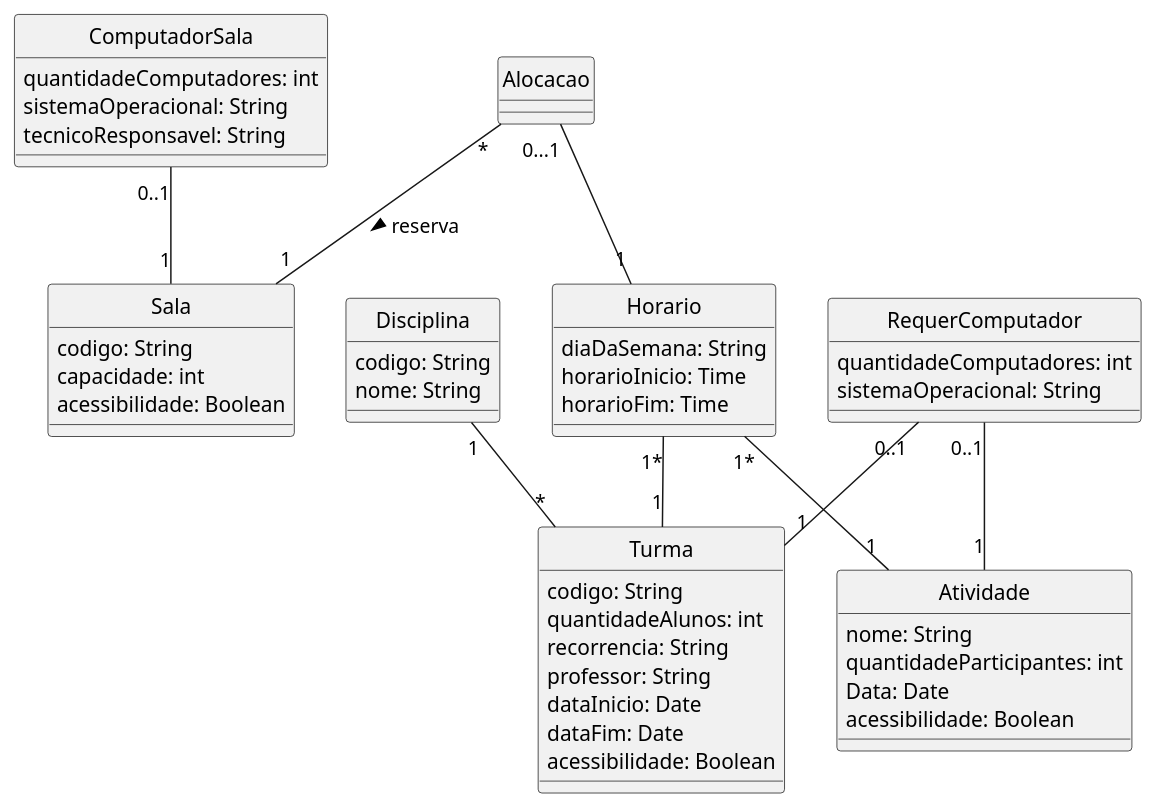
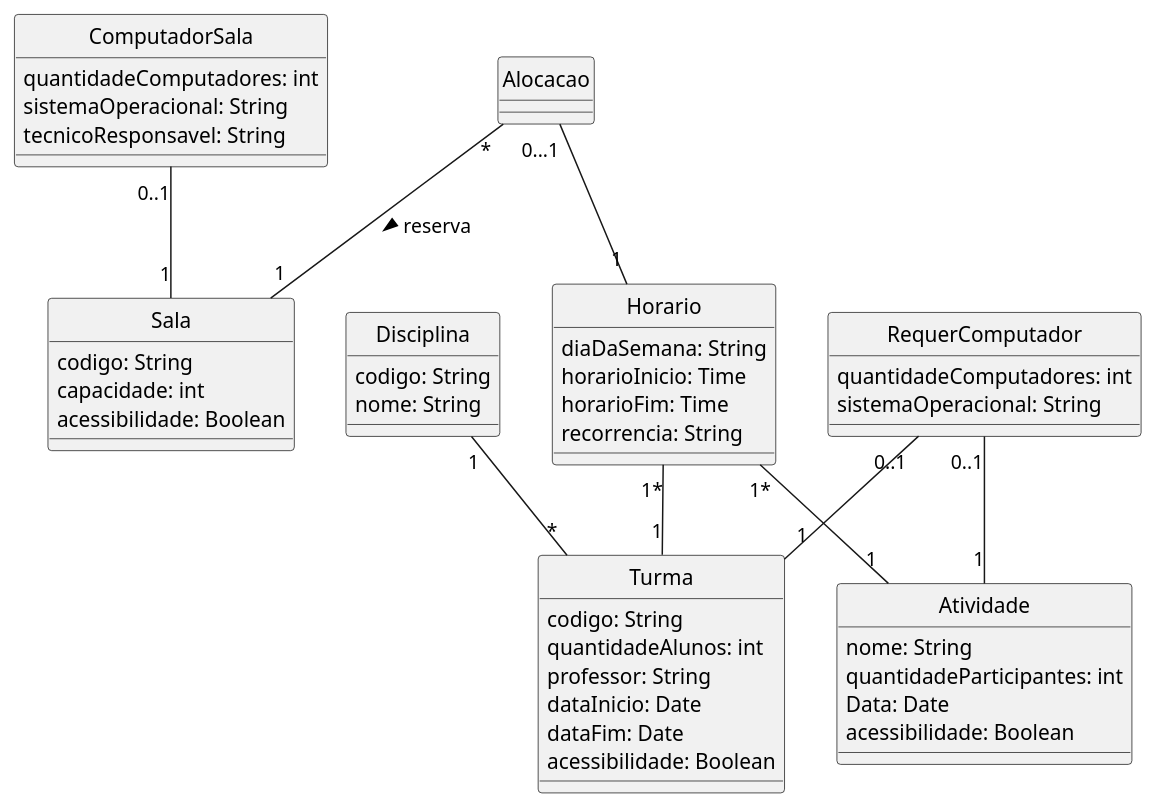
Before and after one commit to tassyla/Salateca: the diagram in projeto/uc1/diagrama-de-classes-UC1.puml, drawn with PlantUML. The commit also changed other lines of this file and 5 other files, not shown here.

```diff
--- a/projeto/uc1/diagrama-de-classes-UC1.puml
+++ b/projeto/uc1/diagrama-de-classes-UC1.puml
@@ -1,67 +1,67 @@
 @startuml Classes
 skinparam style strictuml
 
 class Sala {
     codigo: String
     capacidade: int
     acessibilidade: Boolean
 }
 
 class Turma {
     codigo: String
     quantidadeAlunos: int 
-    recorrencia: String
     professor: String
     dataInicio: Date
     dataFim: Date
     acessibilidade: Boolean
     ' disicplina '
     ' horario '
 }
 
 class Horario {
     diaDaSemana: String
     horarioInicio: Time
     horarioFim: Time
+    recorrencia: String
 }
 
 class Disciplina {
     codigo: String
     nome: String
 }
 
 class Alocacao {
 }
 
 class Atividade {
     nome: String
     quantidadeParticipantes: int 
     Data: Date
     ' Horario '
     acessibilidade: Boolean
 
 }
 
 class RequerComputador {
     quantidadeComputadores: int
     sistemaOperacional: String
 }
 
 class ComputadorSala {
     quantidadeComputadores: int
     sistemaOperacional: String
     tecnicoResponsavel: String
 }
 
 Disciplina "1" -- "*" "Turma"
 
 Horario "1*" --  "1" Turma
 Horario "1*" --  "1" Atividade
 
 Alocacao "*" -- "1" Sala: reserva >
 Alocacao "0...1" -- "1" Horario
 
 ComputadorSala "0..1" -- "1" Sala
 RequerComputador "0..1" -- "1" "Turma"
 RequerComputador "0..1" -- "1" "Atividade"
 @enduml
```
